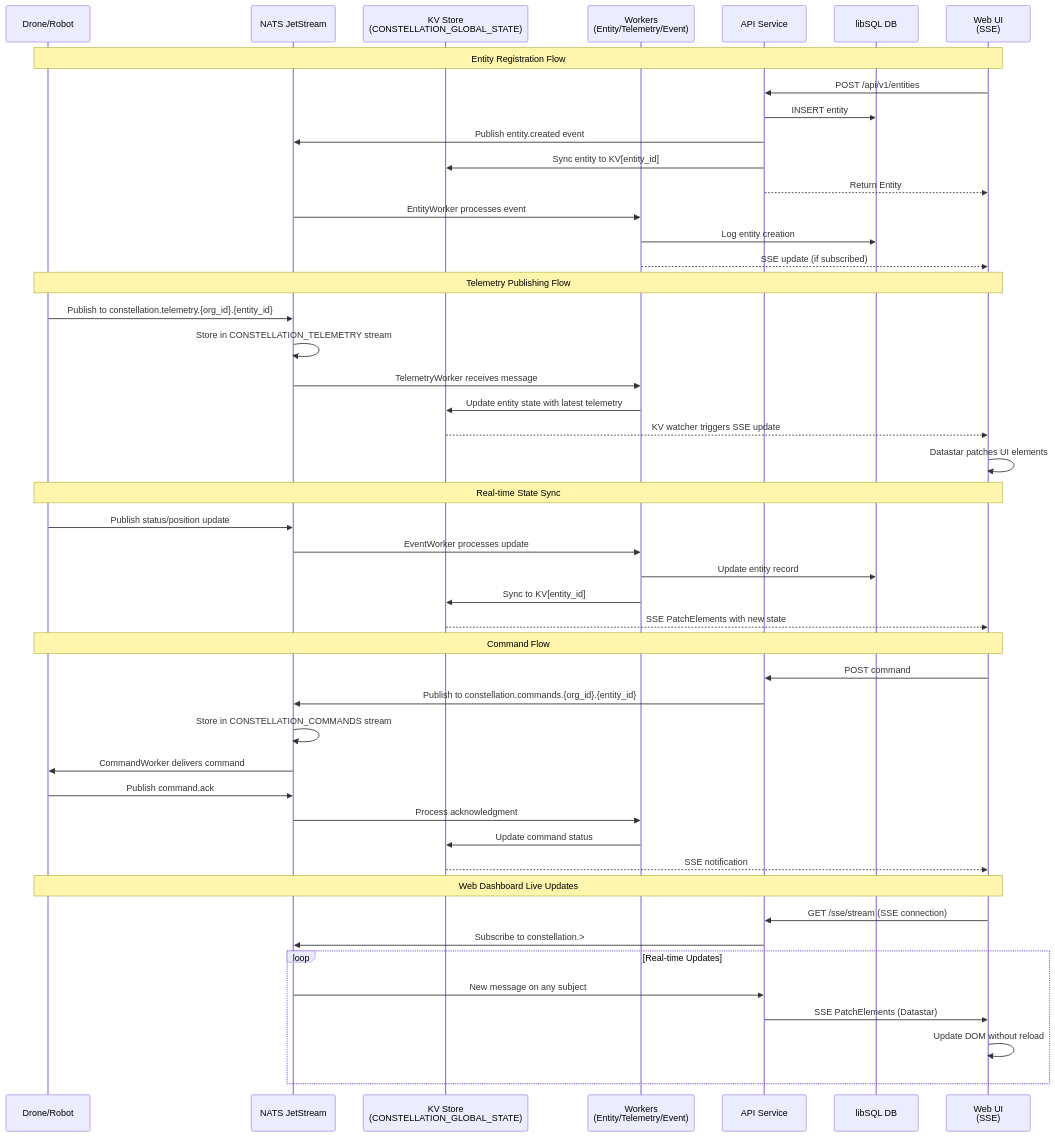
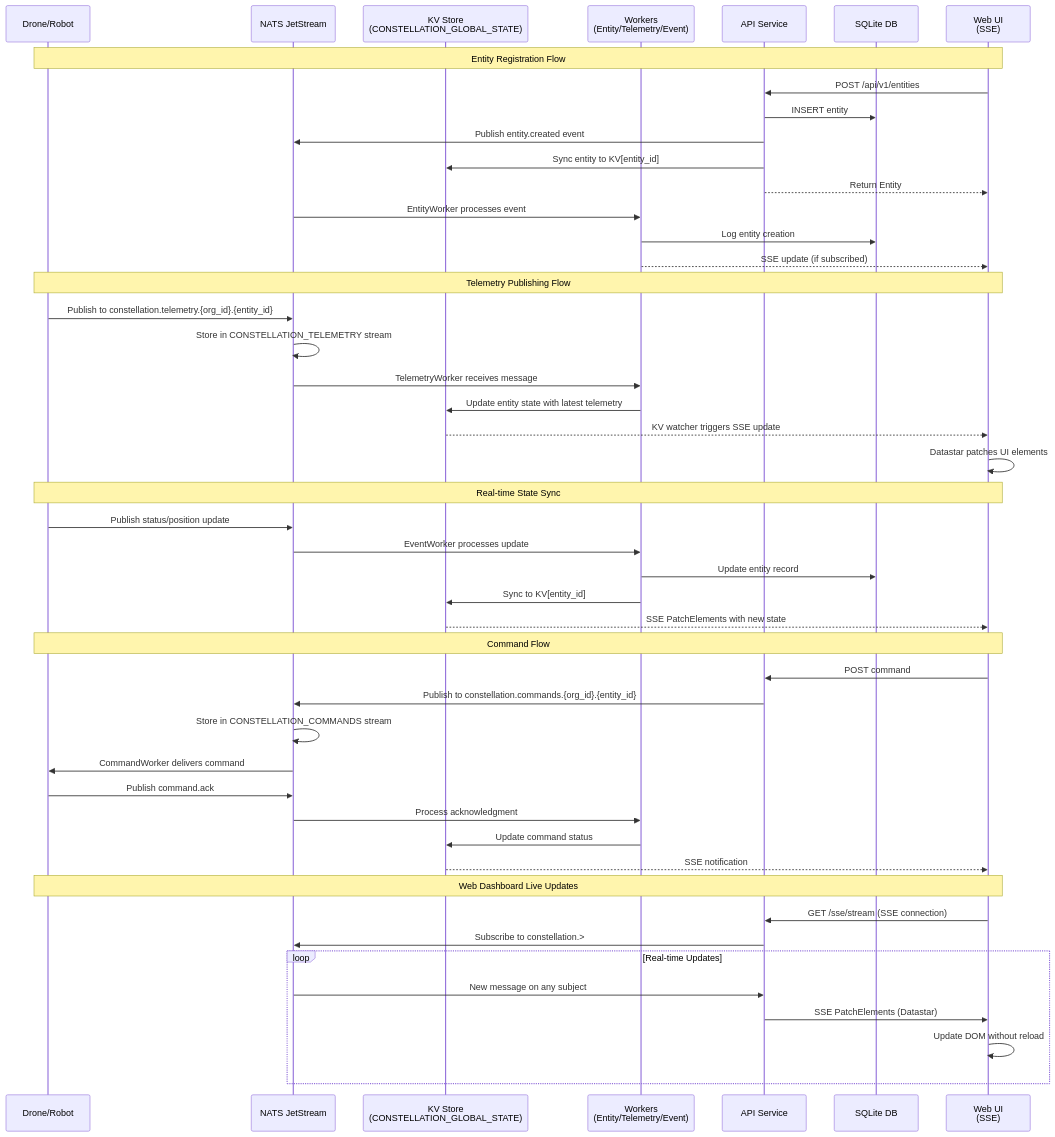
Before and after one commit to xznhj8129/constellation-overwatch: the second of 2 diagrams in README.md, drawn with Mermaid. The commit also changed other lines of this file, not shown here.

````diff
--- a/README.md
+++ b/README.md
@@ -105,54 +106,54 @@
 ```mermaid
 sequenceDiagram
     participant D as Drone/Robot
     participant N as NATS JetStream
     participant KV as KV Store<br/>(CONSTELLATION_GLOBAL_STATE)
     participant W as Workers<br/>(Entity/Telemetry/Event)
     participant A as API Service
-    participant DB as libSQL DB
+    participant DB as SQLite DB
     participant UI as Web UI<br/>(SSE)
 
     Note over D,UI: Entity Registration Flow
     UI->>A: POST /api/v1/entities
     A->>DB: INSERT entity
     A->>N: Publish entity.created event
     A->>KV: Sync entity to KV[entity_id]
     A-->>UI: Return Entity
     N->>W: EntityWorker processes event
     W->>DB: Log entity creation
     W-->>UI: SSE update (if subscribed)
 
     Note over D,UI: Telemetry Publishing Flow
     D->>N: Publish to constellation.telemetry.{org_id}.{entity_id}
     N->>N: Store in CONSTELLATION_TELEMETRY stream
     N->>W: TelemetryWorker receives message
     W->>KV: Update entity state with latest telemetry
     KV-->>UI: KV watcher triggers SSE update
     UI->>UI: Datastar patches UI elements
 
     Note over D,UI: Real-time State Sync
     D->>N: Publish status/position update
     N->>W: EventWorker processes update
     W->>DB: Update entity record
     W->>KV: Sync to KV[entity_id]
     KV-->>UI: SSE PatchElements with new state
 
     Note over D,UI: Command Flow
     UI->>A: POST command
     A->>N: Publish to constellation.commands.{org_id}.{entity_id}
     N->>N: Store in CONSTELLATION_COMMANDS stream
     N->>D: CommandWorker delivers command
     D->>N: Publish command.ack
     N->>W: Process acknowledgment
     W->>KV: Update command status
     KV-->>UI: SSE notification
 
     Note over D,UI: Web Dashboard Live Updates
     UI->>A: GET /sse/stream (SSE connection)
     A->>N: Subscribe to constellation.>
     loop Real-time Updates
         N->>A: New message on any subject
         A->>UI: SSE PatchElements (Datastar)
         UI->>UI: Update DOM without reload
     end
 ```
````
